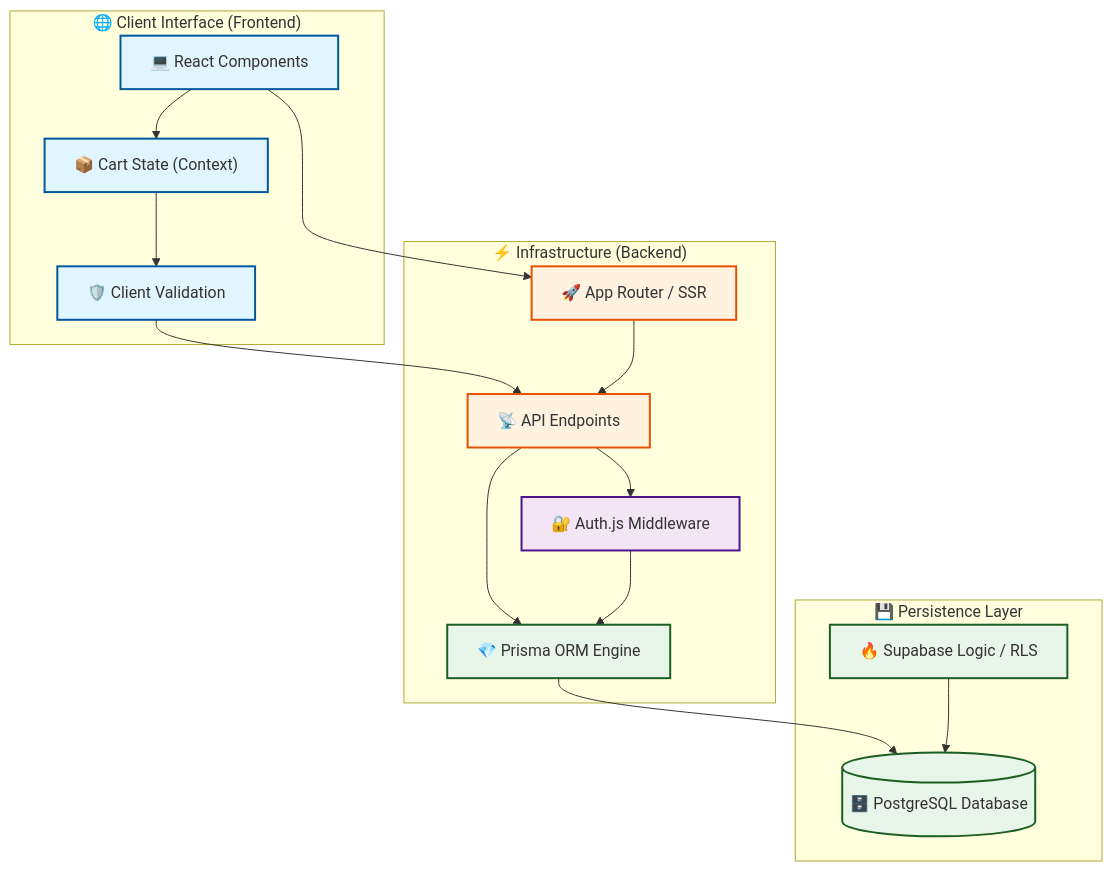
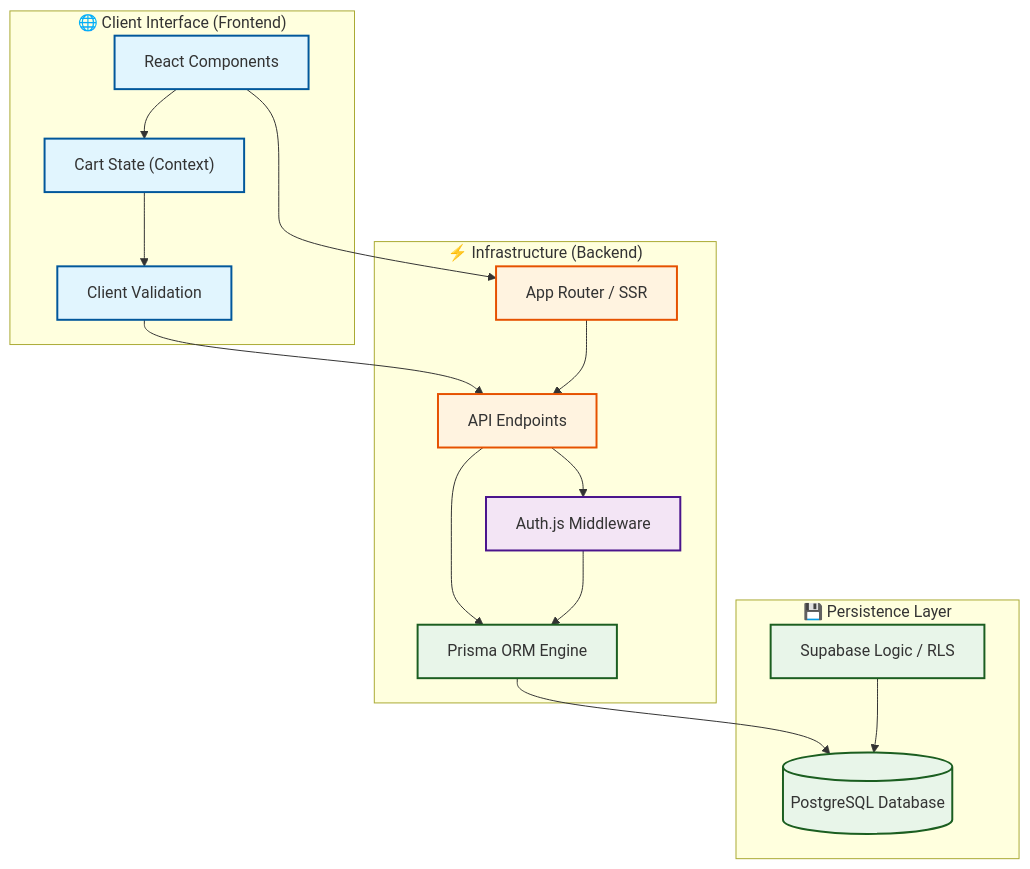
The diagram in README.md (Devsebastian44/Modern-Esthete), drawn with Mermaid before and after one commit. The commit also changed other lines of this file, not shown here.

Commit message:
Version 1

````diff
--- a/README.md
+++ b/README.md
@@ -27,44 +29,44 @@
 ```mermaid
 graph TD
     %% Global Styles
     classDef client fill:#e1f5fe,stroke:#01579b,stroke-width:2px;
     classDef server fill:#fff3e0,stroke:#e65100,stroke-width:2px;
     classDef security fill:#f3e5f5,stroke:#4a148c,stroke-width:2px;
     classDef database fill:#e8f5e9,stroke:#1b5e20,stroke-width:2px;
 
     subgraph Client ["🌐 Client Interface (Frontend)"]
-        UI["💻 React Components"]
-        State["📦 Cart State (Context)"]
-        Logic["🛡️ Client Validation"]
+        UI["React Components"]
+        State["Cart State (Context)"]
+        Logic["Client Validation"]
     end
 
     subgraph Server ["⚡ Infrastructure (Backend)"]
-        Routes["🚀 App Router / SSR"]
-        API["📡 API Endpoints"]
-        Auth["🔐 Auth.js Middleware"]
-        Prisma["💎 Prisma ORM Engine"]
+        Routes["App Router / SSR"]
+        API["API Endpoints"]
+        Auth["Auth.js Middleware"]
+        Prisma["Prisma ORM Engine"]
     end
 
     subgraph Data ["💾 Persistence Layer"]
-        Postgres[(🗄️ PostgreSQL Database)]
-        Supabase["🔥 Supabase Logic / RLS"]
+        Postgres[(PostgreSQL Database)]
+        Supabase["Supabase Logic / RLS"]
     end
 
     %% Connections
     UI --> State
     State --> Logic
     Logic --> API
     UI --> Routes
     Routes --> API
     API --> Auth
     API --> Prisma
     Auth --> Prisma
     Prisma --> Postgres
     Supabase --> Postgres
 
     %% Assign Classes
     class UI,State,Logic client;
     class Routes,API server;
     class Auth security;
     class Prisma,Postgres,Supabase database;
 ```
````
